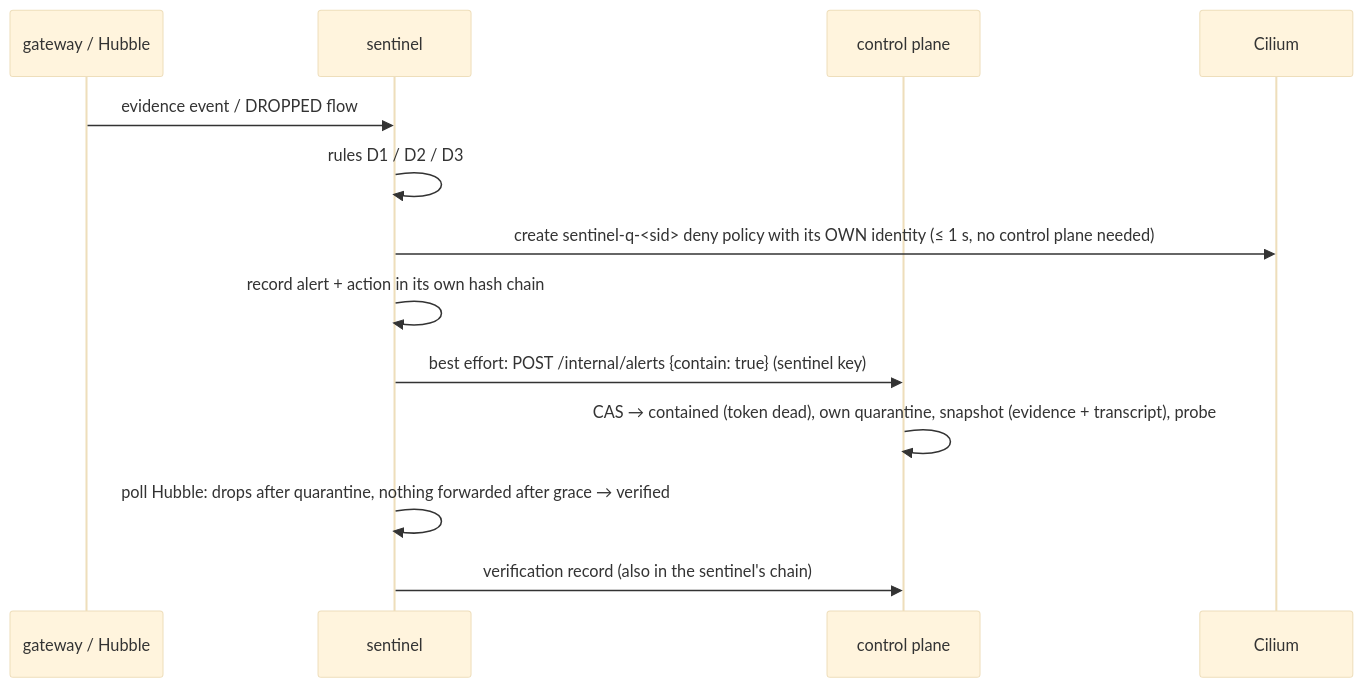
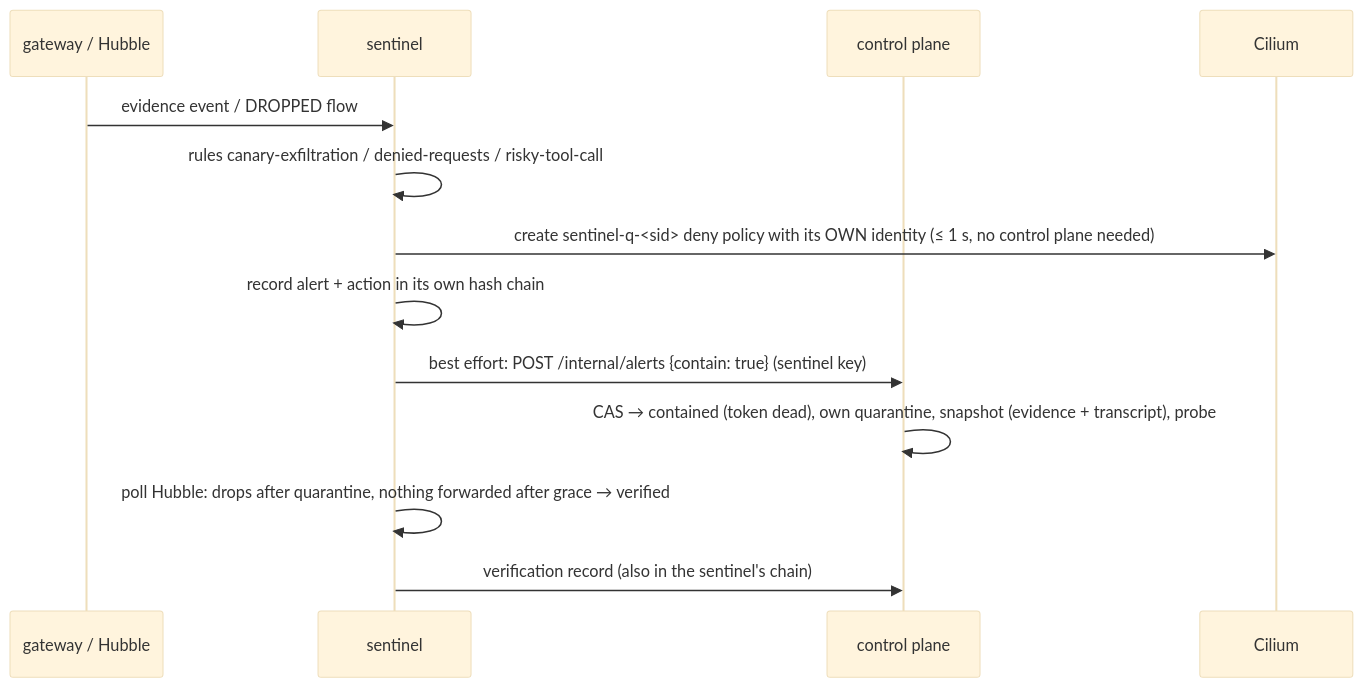
One commit to bhadradiyaniravnl/security-assignment-forgoodai changed the sixth of 6 diagrams in docs/ARCHITECTURE.md. Above: the diagram before and after it, drawn with Mermaid (base theme). The commit also changed other lines of this file and 34 other files, not shown here.

````diff
--- a/docs/ARCHITECTURE.md
+++ b/docs/ARCHITECTURE.md
@@ -539,15 +539,15 @@
 ```mermaid
 sequenceDiagram
   participant G as gateway / Hubble
   participant D as sentinel
   participant CP as control plane
   participant K as Cilium
   G->>D: evidence event / DROPPED flow
-  D->>D: rules D1 / D2 / D3
+  D->>D: rules canary-exfiltration / denied-requests / risky-tool-call
   D->>K: create sentinel-q-<sid> deny policy with its OWN identity (≤ 1 s, no control plane needed)
   D->>D: record alert + action in its own hash chain
   D->>CP: best effort: POST /internal/alerts {contain: true} (sentinel key)
   CP->>CP: CAS → contained (token dead), own quarantine, snapshot (evidence + transcript), probe
   D->>D: poll Hubble: drops after quarantine, nothing forwarded after grace → verified
   D->>CP: verification record (also in the sentinel's chain)
 ```
````
